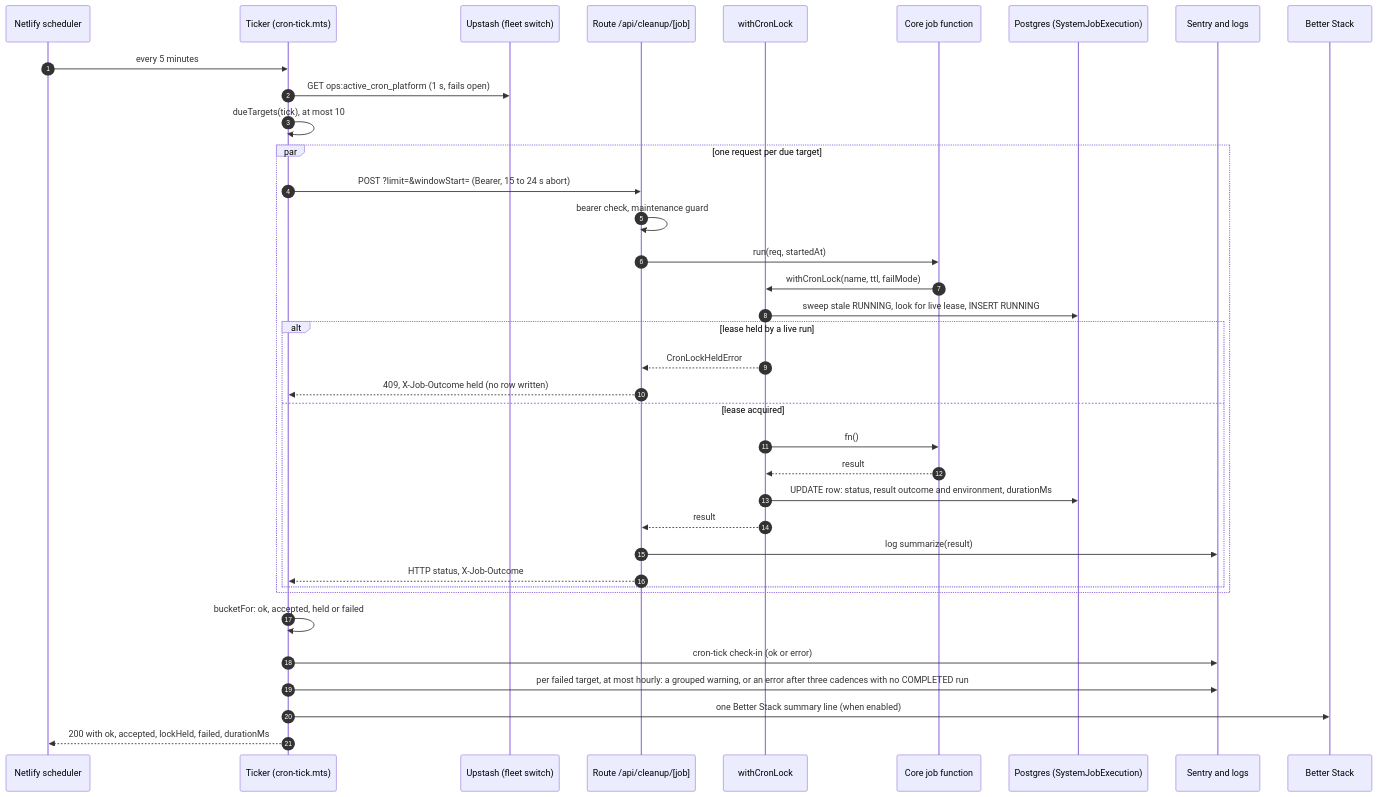
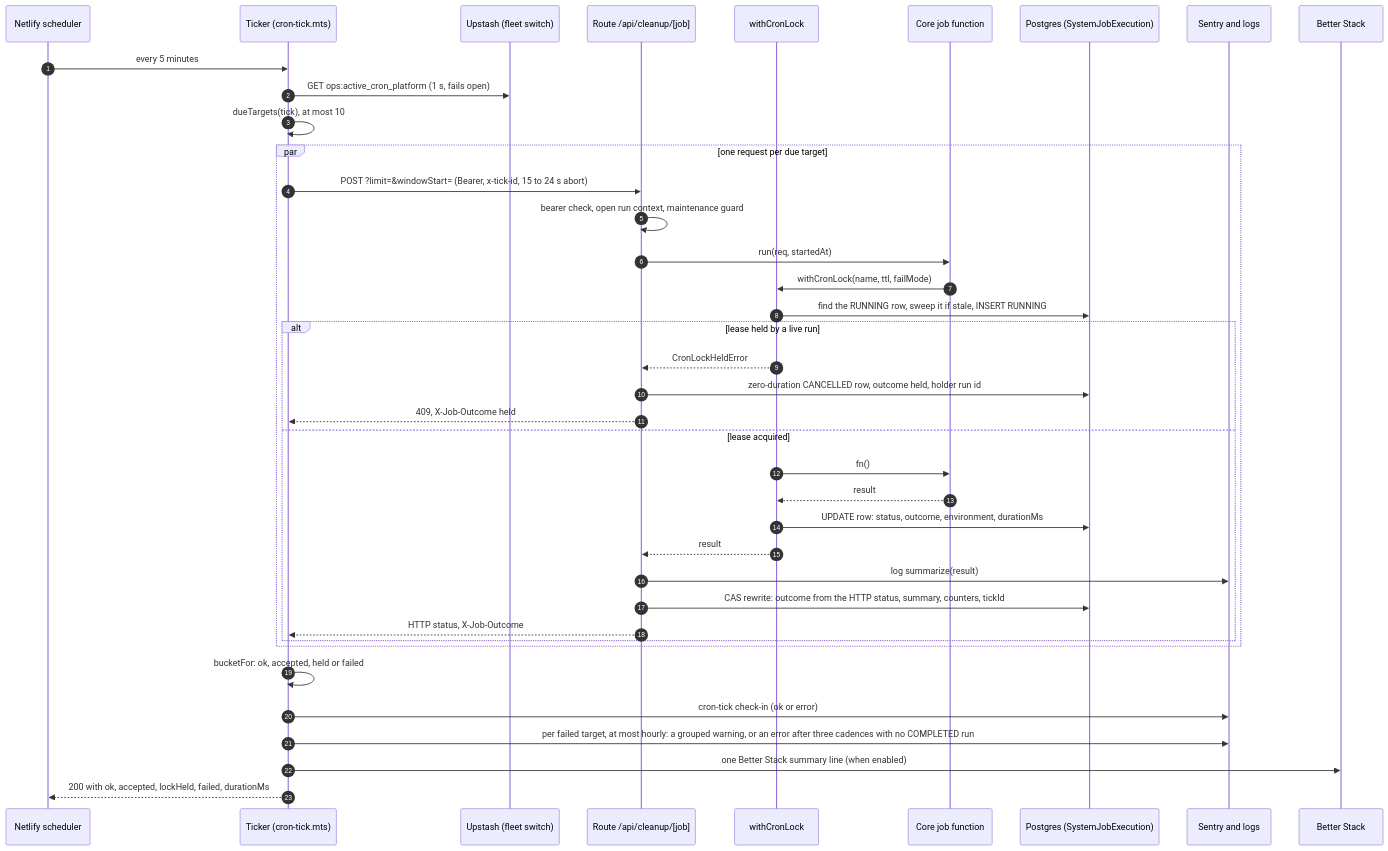
One commit to Practitionist/familiarise_web changed the diagram in docs/maintenance/11-job-machinery-catalog.md. Above: the diagram before and after it, drawn with Mermaid. The commit also changed other lines of this file and 10 other files, not shown here.

First line of the commit message:
docs(ops): document the run record, outcome vocabulary and SLO tiers

````diff
--- a/docs/maintenance/11-job-machinery-catalog.md
+++ b/docs/maintenance/11-job-machinery-catalog.md
@@ -36,40 +39,42 @@
 ```mermaid
 sequenceDiagram
     autonumber
     participant N as Netlify scheduler
     participant T as Ticker (cron-tick.mts)
     participant U as Upstash (fleet switch)
     participant R as Route /api/cleanup/[job]
     participant L as withCronLock
     participant J as Core job function
     participant P as Postgres (SystemJobExecution)
     participant S as Sentry and logs
     participant B as Better Stack
 
     N->>T: every 5 minutes
     T->>U: GET ops:active_cron_platform (1 s, fails open)
     T->>T: dueTargets(tick), at most 10
     par one request per due target
-        T->>R: POST ?limit=&windowStart= (Bearer, 15 to 24 s abort)
-        R->>R: bearer check, maintenance guard
+        T->>R: POST ?limit=&windowStart= (Bearer, x-tick-id, 15 to 24 s abort)
+        R->>R: bearer check, open run context, maintenance guard
         R->>J: run(req, startedAt)
         J->>L: withCronLock(name, ttl, failMode)
-        L->>P: sweep stale RUNNING, look for live lease, INSERT RUNNING
+        L->>P: find the RUNNING row, sweep it if stale, INSERT RUNNING
         alt lease held by a live run
             L-->>R: CronLockHeldError
-            R-->>T: 409, X-Job-Outcome held (no row written)
+            R->>P: zero-duration CANCELLED row, outcome held, holder run id
+            R-->>T: 409, X-Job-Outcome held
         else lease acquired
             L->>J: fn()
             J-->>L: result
-            L->>P: UPDATE row: status, result outcome and environment, durationMs
+            L->>P: UPDATE row: status, outcome, environment, durationMs
             L-->>R: result
             R->>S: log summarize(result)
+            R->>P: CAS rewrite: outcome from the HTTP status, summary, counters, tickId
             R-->>T: HTTP status, X-Job-Outcome
         end
     end
     T->>T: bucketFor: ok, accepted, held or failed
     T->>S: cron-tick check-in (ok or error)
     T->>S: per failed target, at most hourly: a grouped warning, or an error after three cadences with no COMPLETED run
     T->>B: one Better Stack summary line (when enabled)
     T-->>N: 200 with ok, accepted, lockHeld, failed, durationMs
 ```
````
